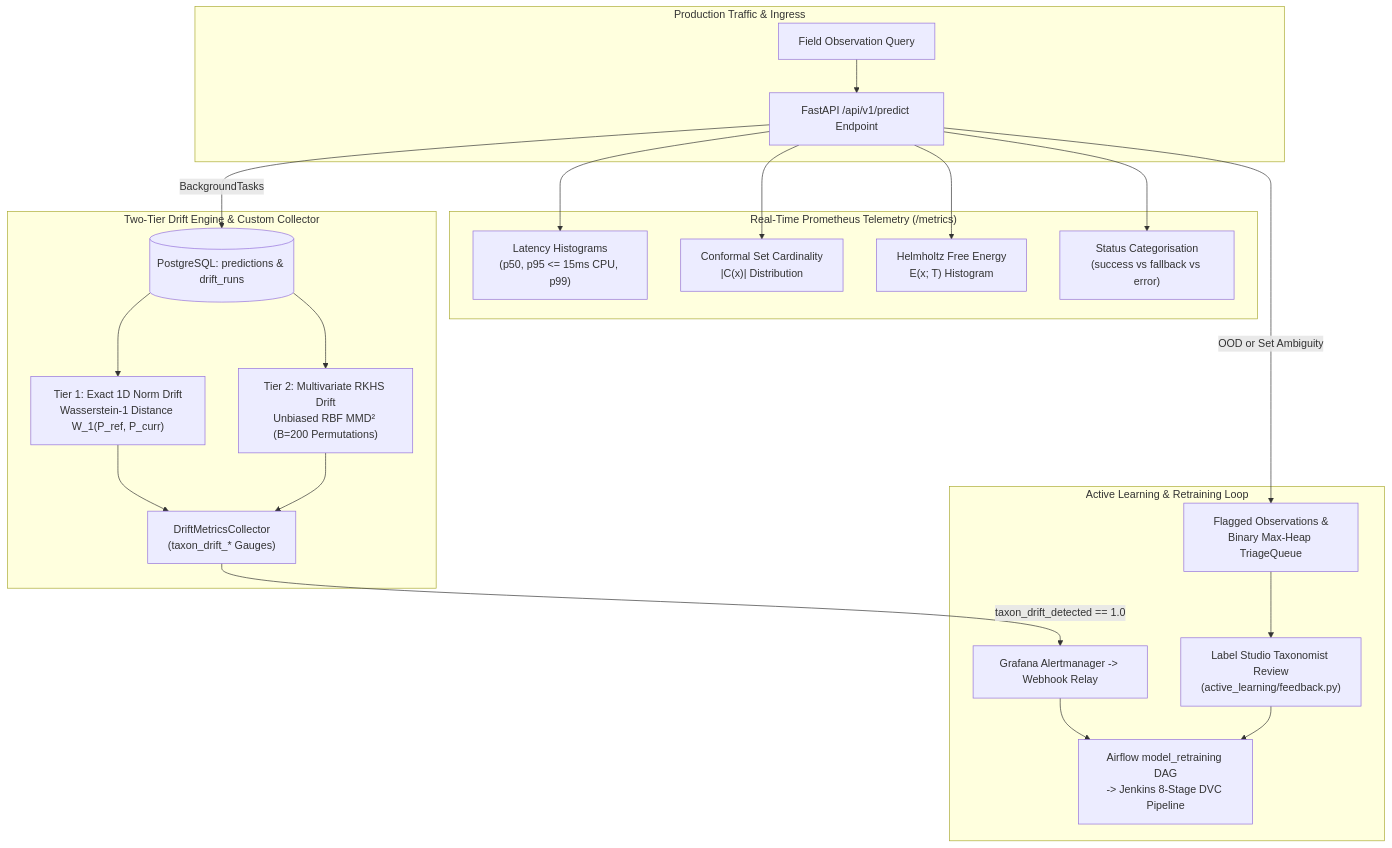
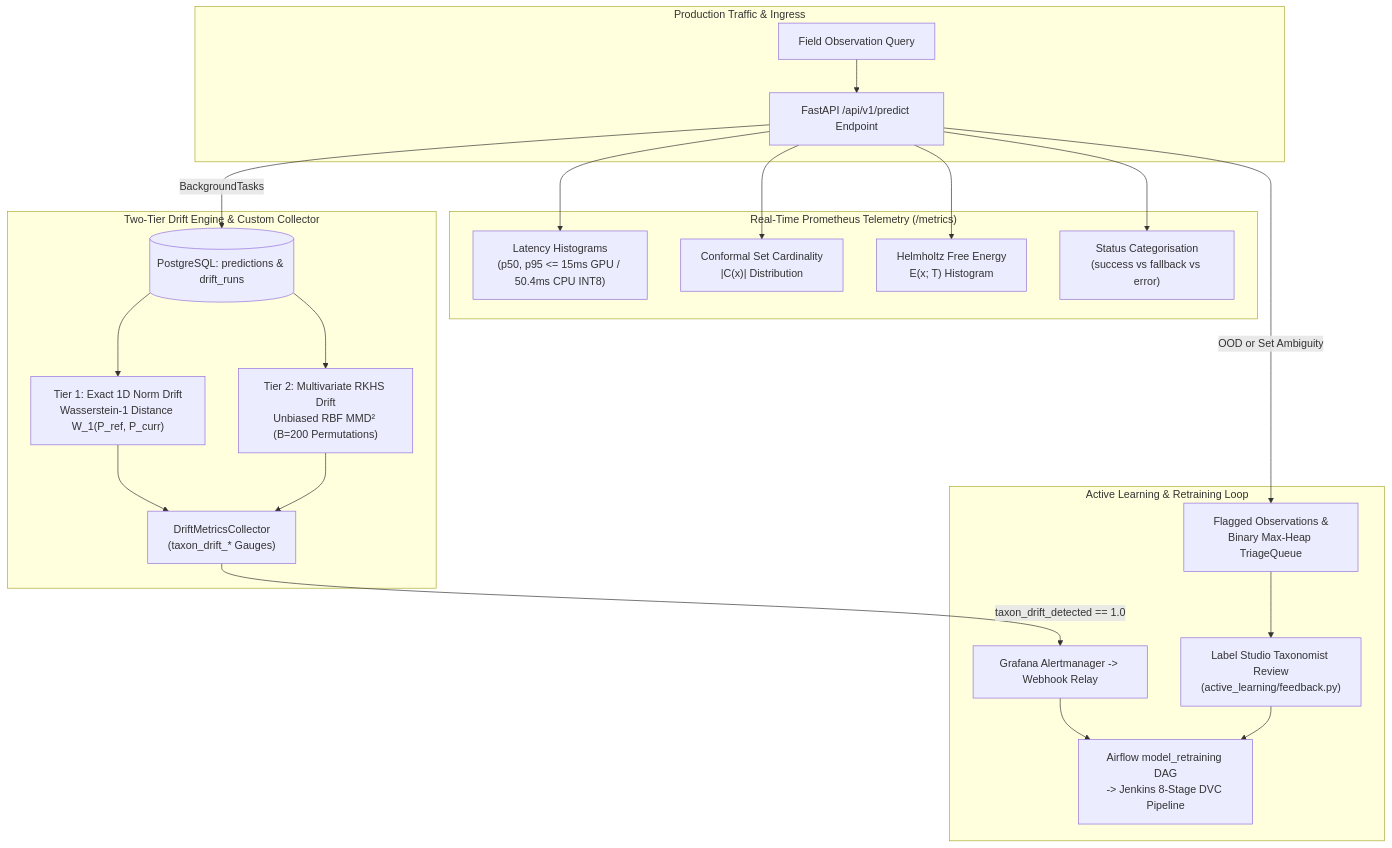
One commit to foersben/taxon-vision-mlops changed the first of 2 diagrams in docs/operations/prometheus_and_observability.md. Above: the diagram before and after it, drawn with Mermaid. The commit also changed other lines of this file and 33 other files, not shown here.

````diff
--- a/docs/operations/prometheus_and_observability.md
+++ b/docs/operations/prometheus_and_observability.md
@@ -27,29 +27,29 @@
 ```mermaid
 flowchart TD
     subgraph Ingestion["Production Traffic & Ingress"]
         REQ["Field Observation Query"] --> API["FastAPI /api/v1/predict Endpoint"]
     end
 
     subgraph Monitoring["Real-Time Prometheus Telemetry (/metrics)"]
-        API --> LAT["Latency Histograms<br/>(p50, p95 <= 15ms CPU, p99)"]
+        API --> LAT["Latency Histograms<br/>(p50, p95 <= 15ms GPU / 50.4ms CPU INT8)"]
         API --> SET["Conformal Set Cardinality<br/>|C(x)| Distribution"]
         API --> OOD["Helmholtz Free Energy<br/>E(x; T) Histogram"]
         API --> ERR["Status Categorisation<br/>(success vs fallback vs error)"]
     end
 
     subgraph Drift["Two-Tier Drift Engine & Custom Collector"]
         API -->|BackgroundTasks| PG[("PostgreSQL: predictions & drift_runs")]
         PG --> W1_DRIFT["Tier 1: Exact 1D Norm Drift<br/>Wasserstein-1 Distance W_1(P_ref, P_curr)"]
         PG --> MMD["Tier 2: Multivariate RKHS Drift<br/>Unbiased RBF MMD² (B=200 Permutations)"]
         W1_DRIFT --> COL["DriftMetricsCollector<br/>(taxon_drift_* Gauges)"]
         MMD --> COL
     end
 
     subgraph ClosedLoop["Active Learning & Retraining Loop"]
         API -->|OOD or Set Ambiguity| QUEUE["Flagged Observations &<br/>Binary Max-Heap TriageQueue"]
         QUEUE --> LABEL["Label Studio Taxonomist Review<br/>(active_learning/feedback.py)"]
         COL -->|taxon_drift_detected == 1.0| GRAF["Grafana Alertmanager -> Webhook Relay"]
         GRAF --> RETRAIN["Airflow model_retraining DAG<br/>-> Jenkins 8-Stage DVC Pipeline"]
         LABEL --> RETRAIN
     end
 ```
````
